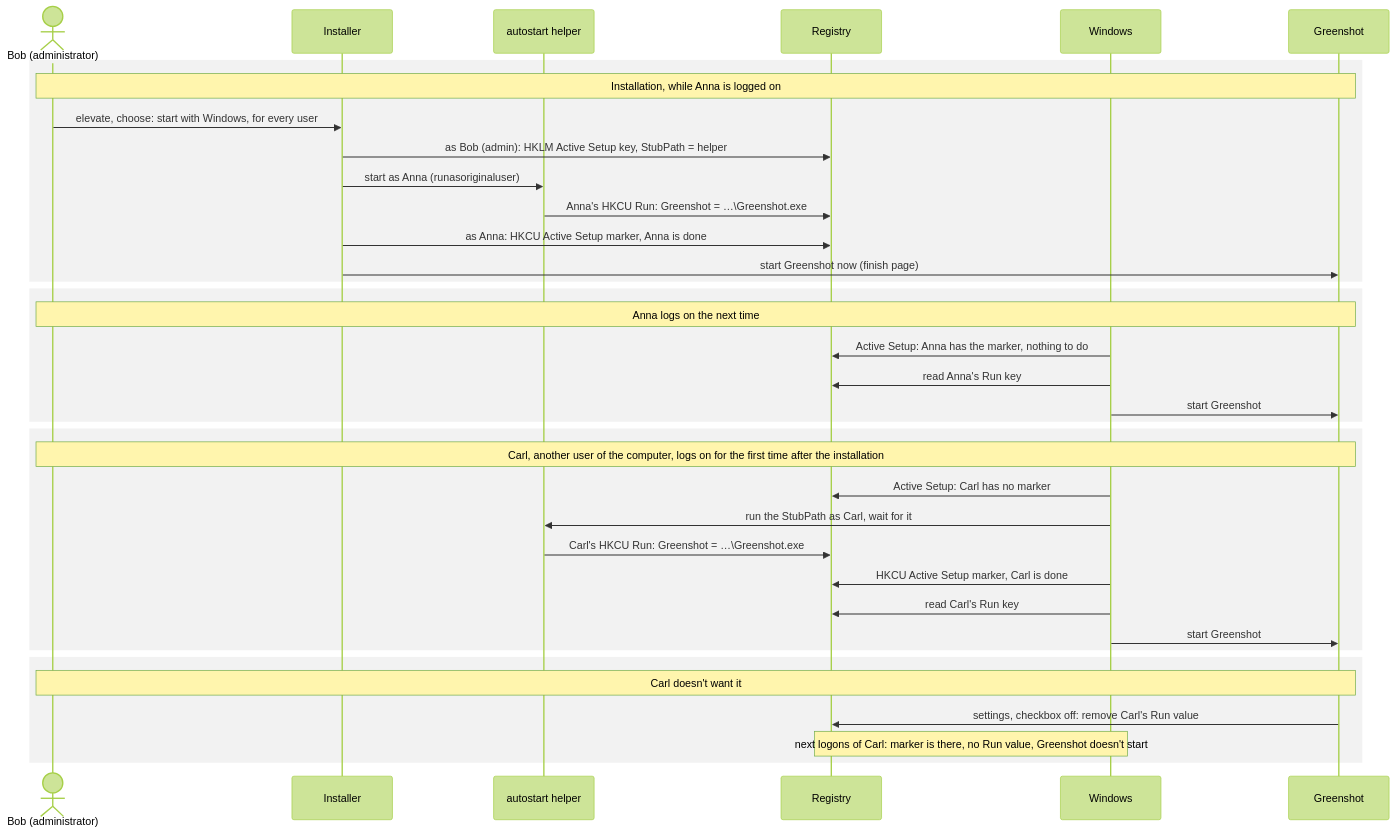
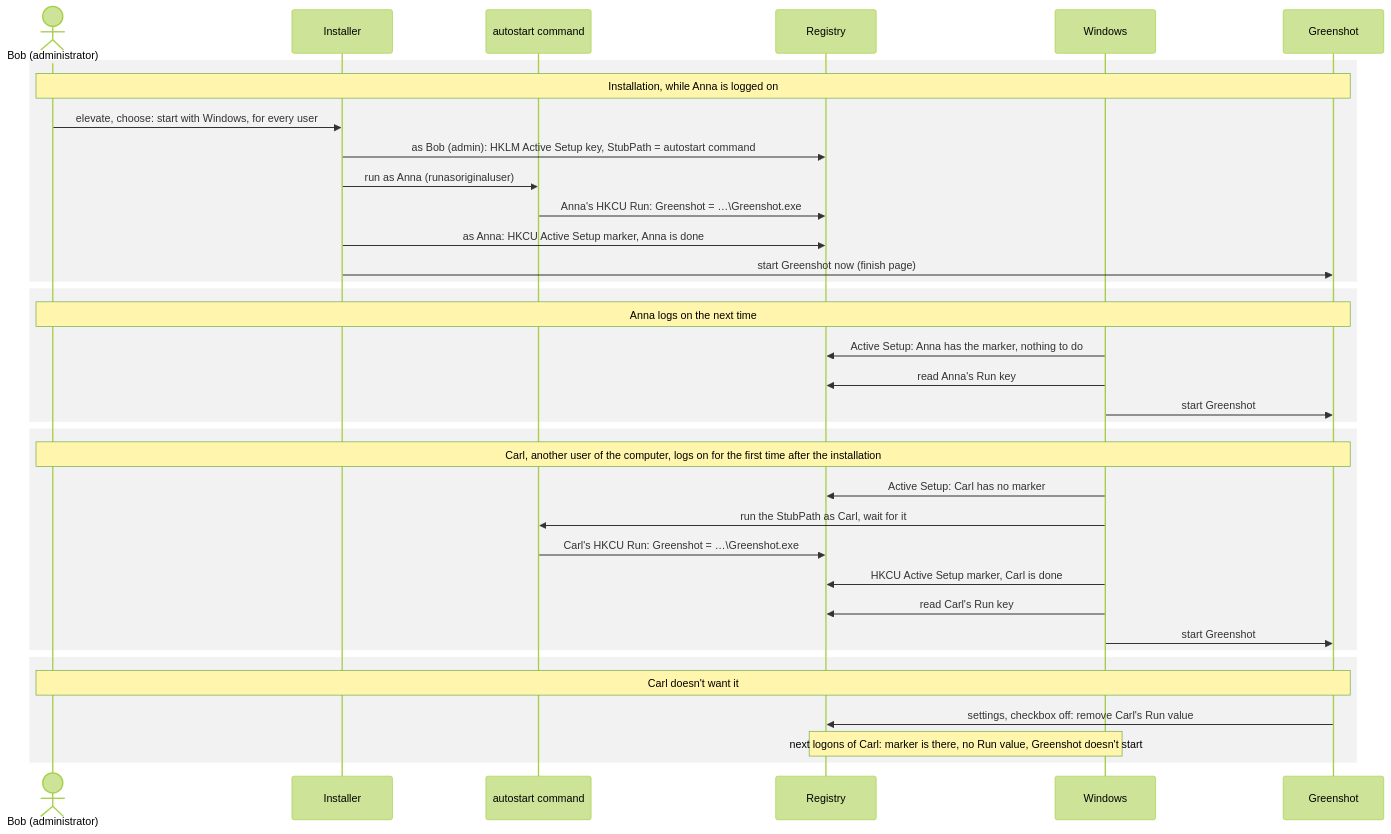
The first of 5 diagrams in docs/autostart.md (greenshot/greenshot), drawn with Mermaid (forest theme) before and after one commit. The commit also changed other lines of this file and 8 other files, not shown here.

First line of the commit message:
Write the start with Windows with an INF file instead of Greenshot.exe

````diff
--- a/docs/autostart.md
+++ b/docs/autostart.md
@@ -28,42 +32,42 @@
 ```mermaid
 sequenceDiagram
     actor Bob as Bob (administrator)
     participant Setup as Installer
-    participant Helper as autostart helper
+    participant Cmd as autostart command
     participant Reg as Registry
     participant Win as Windows
     participant GS as Greenshot
 
     rect rgba(128,128,128,0.1)
     Note over Bob,GS: Installation, while Anna is logged on
     Bob->>Setup: elevate, choose: start with Windows, for every user
-    Setup->>Reg: as Bob (admin): HKLM Active Setup key, StubPath = helper
-    Setup->>Helper: start as Anna (runasoriginaluser)
-    Helper->>Reg: Anna's HKCU Run: Greenshot = …\Greenshot.exe
+    Setup->>Reg: as Bob (admin): HKLM Active Setup key, StubPath = autostart command
+    Setup->>Cmd: run as Anna (runasoriginaluser)
+    Cmd->>Reg: Anna's HKCU Run: Greenshot = …\Greenshot.exe
     Setup->>Reg: as Anna: HKCU Active Setup marker, Anna is done
     Setup->>GS: start Greenshot now (finish page)
     end
 
     rect rgba(128,128,128,0.1)
     Note over Bob,GS: Anna logs on the next time
     Win->>Reg: Active Setup: Anna has the marker, nothing to do
     Win->>Reg: read Anna's Run key
     Win->>GS: start Greenshot
     end
 
     rect rgba(128,128,128,0.1)
     Note over Bob,GS: Carl, another user of the computer, logs on for the first time after the installation
     Win->>Reg: Active Setup: Carl has no marker
-    Win->>Helper: run the StubPath as Carl, wait for it
-    Helper->>Reg: Carl's HKCU Run: Greenshot = …\Greenshot.exe
+    Win->>Cmd: run the StubPath as Carl, wait for it
+    Cmd->>Reg: Carl's HKCU Run: Greenshot = …\Greenshot.exe
     Win->>Reg: HKCU Active Setup marker, Carl is done
     Win->>Reg: read Carl's Run key
     Win->>GS: start Greenshot
     end
 
     rect rgba(128,128,128,0.1)
     Note over Bob,GS: Carl doesn't want it
     GS->>Reg: settings, checkbox off: remove Carl's Run value
     Note over Win,Reg: next logons of Carl: marker is there, no Run value, Greenshot doesn't start
     end
 ```
````
